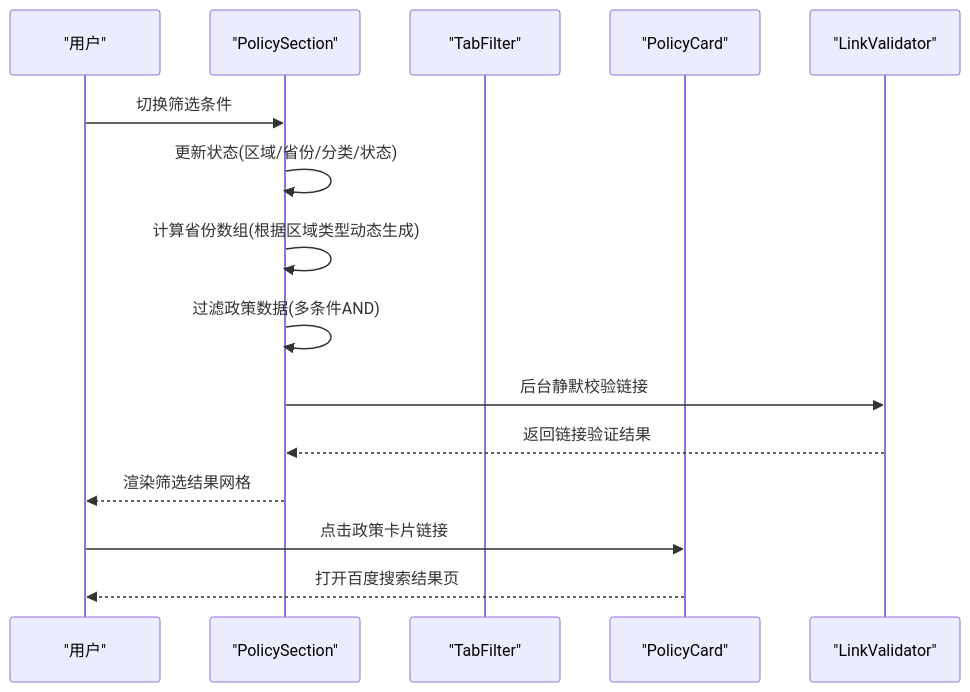
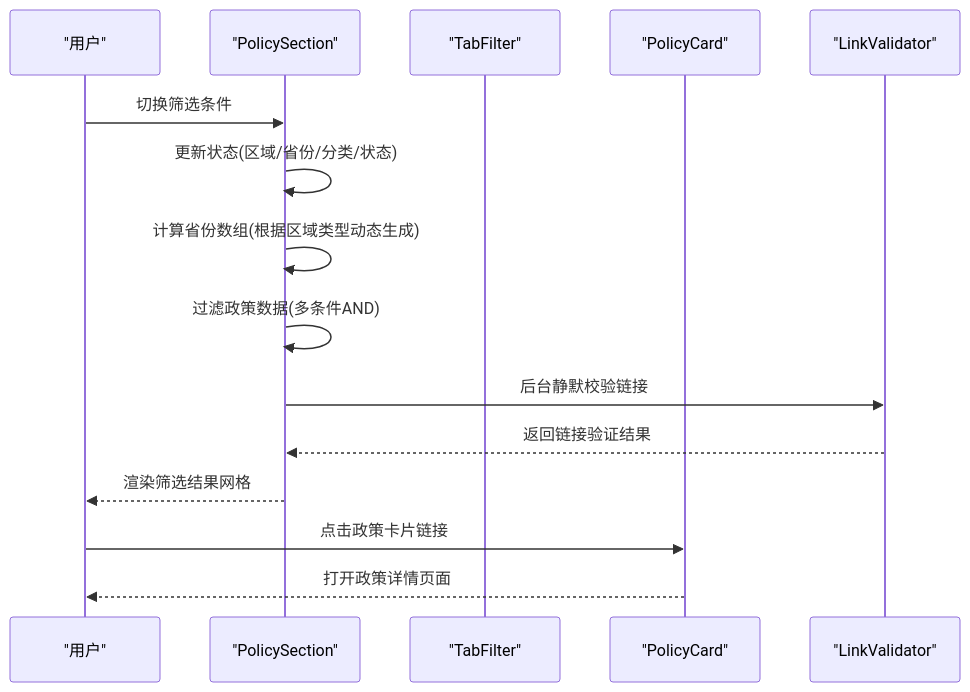
One commit to liangxuanliang-cmd/carbon-info-agent changed the second of 13 diagrams in .qoder/repowiki/zh/content/功能模块/政策信息模块.md. Above: the diagram before and after it, drawn with Mermaid. The commit also changed other lines of this file and 8 other files, not shown here.

````diff
--- a/.qoder/repowiki/zh/content/功能模块/政策信息模块.md
+++ b/.qoder/repowiki/zh/content/功能模块/政策信息模块.md
@@ -126,17 +141,17 @@
 ```mermaid
 sequenceDiagram
 participant U as "用户"
 participant PS as "PolicySection"
 participant TF as "TabFilter"
 participant PC as "PolicyCard"
 participant LV as "LinkValidator"
 U->>PS : 切换筛选条件
 PS->>PS : 更新状态(区域/省份/分类/状态)
 PS->>PS : 计算省份数组(根据区域类型动态生成)
 PS->>PS : 过滤政策数据(多条件AND)
 PS->>LV : 后台静默校验链接
 LV-->>PS : 返回链接验证结果
 PS-->>U : 渲染筛选结果网格
 U->>PC : 点击政策卡片链接
-PC-->>U : 打开百度搜索结果页
+PC-->>U : 打开政策详情页面
 ```
````
